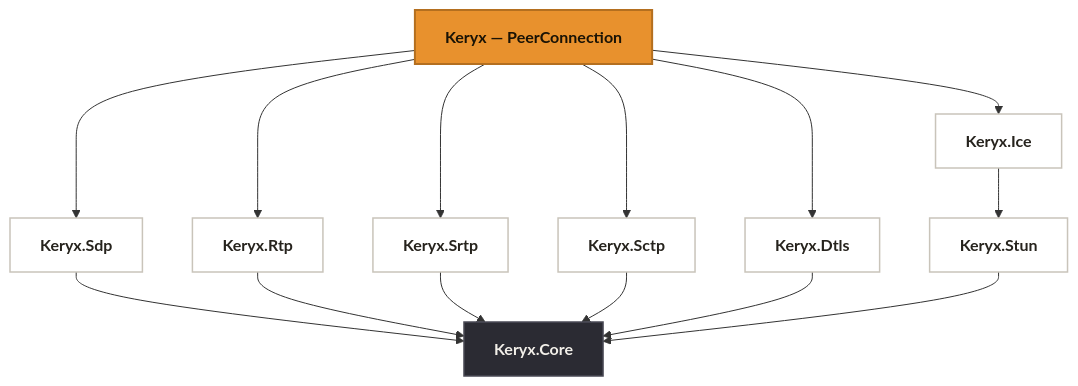
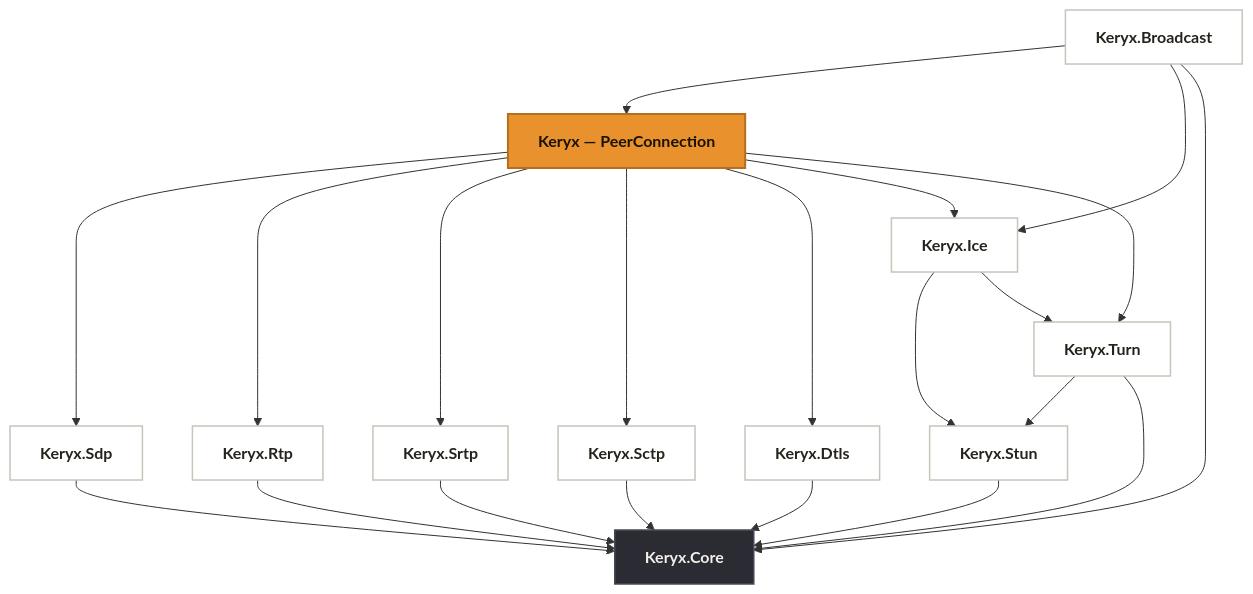
One commit to Proxeno/keryx changed the diagram in docs/assets/architecture.mmd. Above: the diagram before and after it, drawn with Mermaid. The commit also changed 1 other file, not shown here.

Commit message:
Add Keryx.Turn and Keryx.Broadcast to the README architecture diagram source
Claude-Session: https://claude.ai/code/session_01NUgQAXeE7ZZUm2xrRZ3JhC

````diff
--- a/docs/assets/architecture.mmd
+++ b/docs/assets/architecture.mmd
@@ -1,25 +1,29 @@
 %% Source for the README architecture diagram (rendered to architecture.png).
 %% nuget.org does not render ```mermaid fences, so the README embeds the PNG.
 %% Regenerate after editing:
 %%   mmdc -i docs/assets/architecture.mmd -o docs/assets/architecture.png \
 %%        -c docs/assets/mermaid.config.json -b "#f6f4f0" -s 3
 graph TD
+    BCAST["Keryx.Broadcast"]
     PC["Keryx — PeerConnection"]
     SDP["Keryx.Sdp"]
     RTP["Keryx.Rtp"]
     SRTP["Keryx.Srtp"]
     SCTP["Keryx.Sctp"]
     DTLS["Keryx.Dtls"]
     ICE["Keryx.Ice"]
+    TURN["Keryx.Turn"]
     STUN["Keryx.Stun"]
     CORE["Keryx.Core"]
-    PC --> SDP & RTP & SRTP & SCTP & DTLS & ICE
-    ICE --> STUN
-    SDP & RTP & SRTP & SCTP & DTLS & STUN --> CORE
+    BCAST --> PC & ICE
+    PC --> SDP & RTP & SRTP & SCTP & DTLS & ICE & TURN
+    ICE --> STUN & TURN
+    TURN --> STUN
+    SDP & RTP & SRTP & SCTP & DTLS & STUN & TURN & BCAST --> CORE
 
     classDef root fill:#e8912d,stroke:#b46f1f,stroke-width:2px,color:#1a1305,font-weight:bold;
     classDef base fill:#2b2b33,stroke:#4a4a55,stroke-width:1.5px,color:#f2efe9;
     classDef layer fill:#ffffff,stroke:#c9c4ba,stroke-width:1.5px,color:#26231d;
     class PC root;
     class CORE base;
-    class SDP,RTP,SRTP,SCTP,DTLS,ICE,STUN layer;
+    class BCAST,SDP,RTP,SRTP,SCTP,DTLS,ICE,TURN,STUN layer;
````
